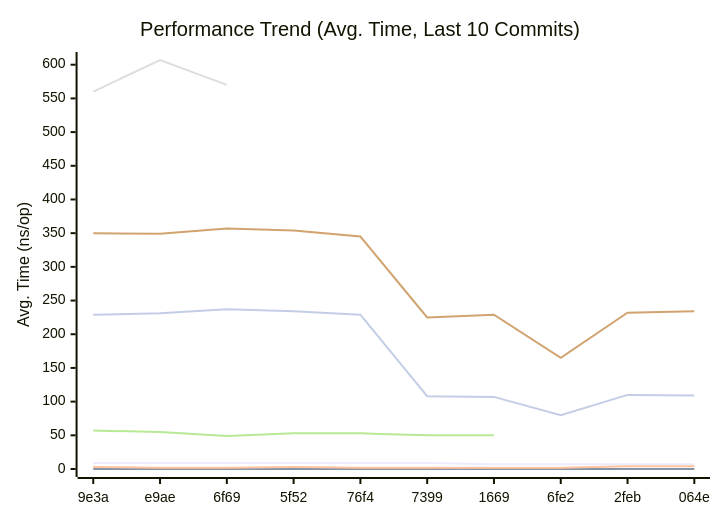
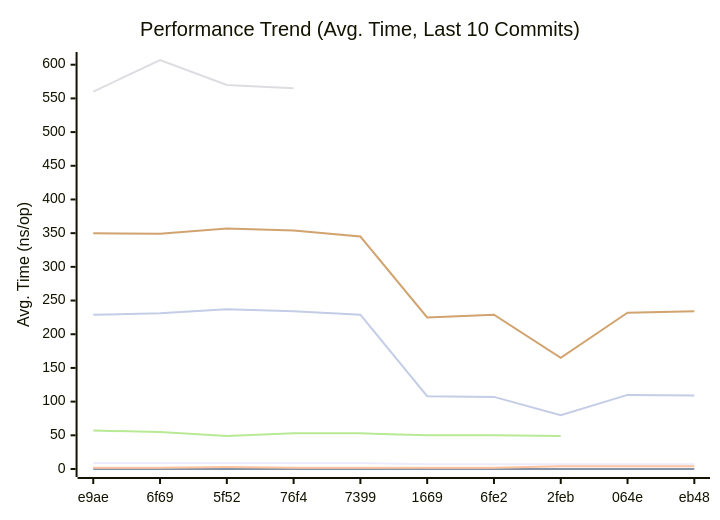
Before and after one commit to alsotoes/momo: the first of 3 diagrams in doc/README.md, drawn with Mermaid. The commit also changed other lines of this file and 1 other file, not shown here.

````diff
--- a/doc/README.md
+++ b/doc/README.md
@@ -296,14 +296,14 @@
 ```mermaid
 xychart-beta
     title "Performance Trend (Avg. Time, Last 10 Commits)"
     x-axis "Commit"
     y-axis "Avg. Time (ns/op)"
-    x-axis [9e3a,e9ae,6f69,5f52,76f4,7399,1669,6fe2,2feb,064e]
-    line "CheckMetricsAndSwap" [9,9,9,9,9,9,7,7,7,7]
+    x-axis [e9ae,6f69,5f52,76f4,7399,1669,6fe2,2feb,064e,eb48]
+    line "CheckMetricsAndSwap" [9,9,9,9,9,7,7,7,7,7]
     line "IndexDirectTracking" [0,0,0,0,0,0,0,0,0,0]
-    line "IndexSearch" [3,2,2,3,2,2,2,2,4,4]
-    line "LoadGlobalConfig" [560,607,570]
-    line "PadString" [57,55,49,53,53,50,50]
+    line "IndexSearch" [2,2,3,2,2,2,2,4,4,4]
+    line "LoadGlobalConfig" [560,607,570,565]
+    line "PadString" [57,55,49,53,53,50,50,49]
     line "ParseReplicationOrder_NoPrealloc" [350,349,357,354,345,225,229,165,232,234]
     line "ParseReplicationOrder_Prealloc" [229,231,237,234,229,108,107,80,110,109]
 ```
````
